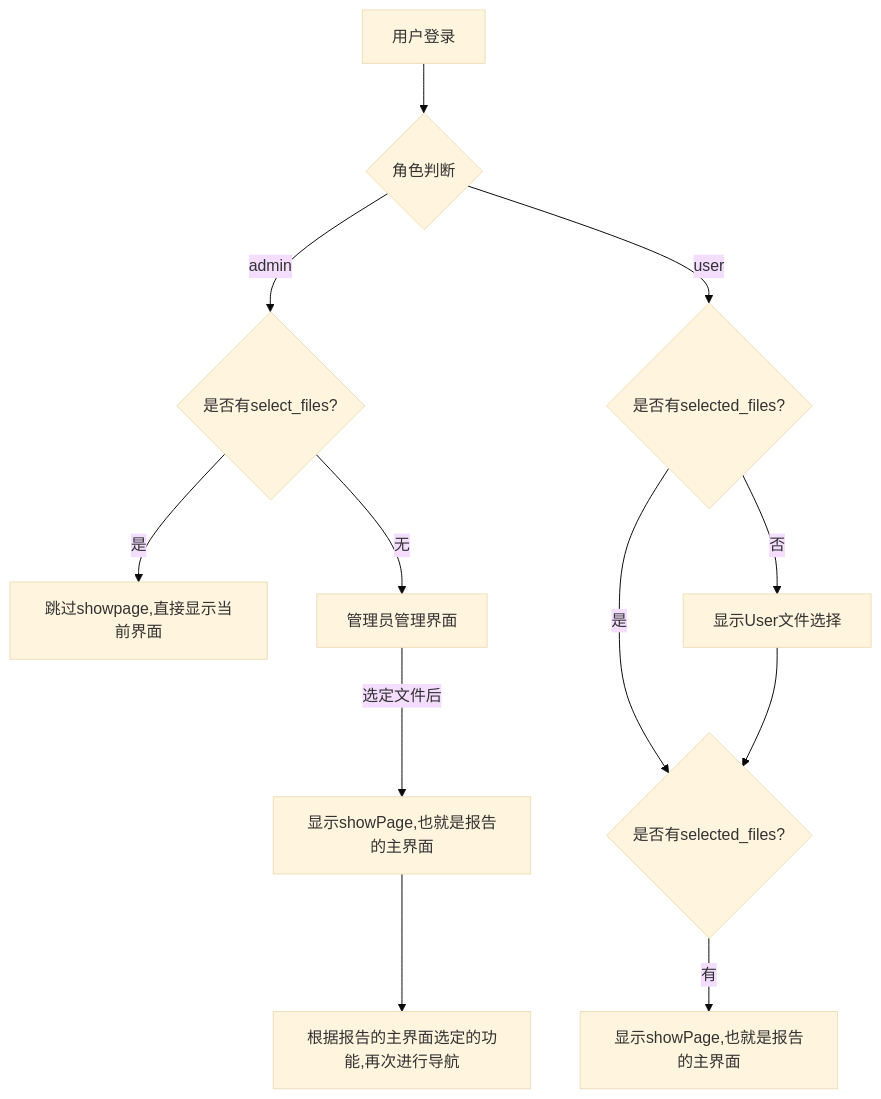
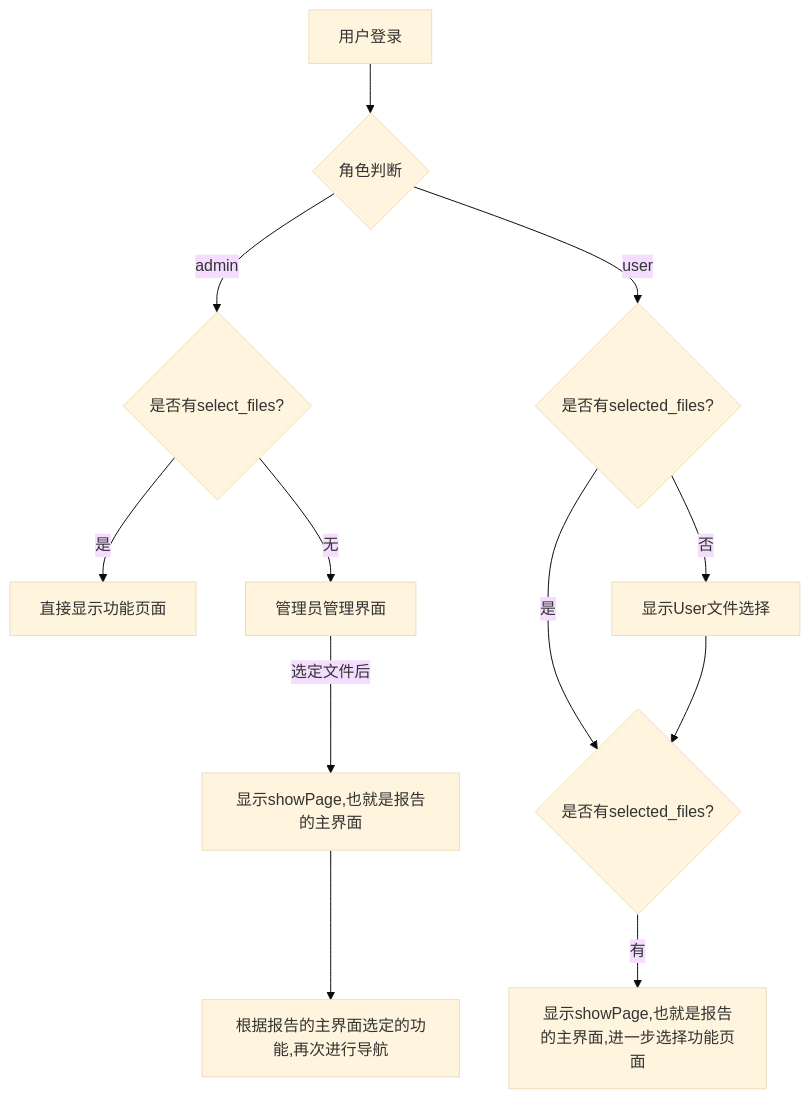
The diagram in RouteLogic.md (Elcherneske/TDVis), drawn with Mermaid (base theme) before and after one commit. The commit also changed other lines of this file, not shown here.

````diff
--- a/RouteLogic.md
+++ b/RouteLogic.md
@@ -1,15 +1,15 @@
 ```mermaid
 graph TD
     A[用户登录] --> B{角色判断}
     B -->|admin| C{是否有select_files?}
     B -->|user| D{是否有selected_files?}
-    C -->|是| I[跳过showpage,直接显示当前界面]
+    C -->|是| I[直接显示功能页面]
     D -->|是| E{是否有selected_files?}
     D -->|否| F[显示User文件选择]
     C --> |无|G[管理员管理界面]
     G --> |选定文件后| Z[显示showPage,也就是报告的主界面]
     Z --> Y[根据报告的主界面选定的功能,再次进行导航]
-    E --> |有| H[显示showPage,也就是报告的主界面]
+    E --> |有| H[显示showPage,也就是报告的主界面,进一步选择功能页面]
 
     F --> E
 ```
````
